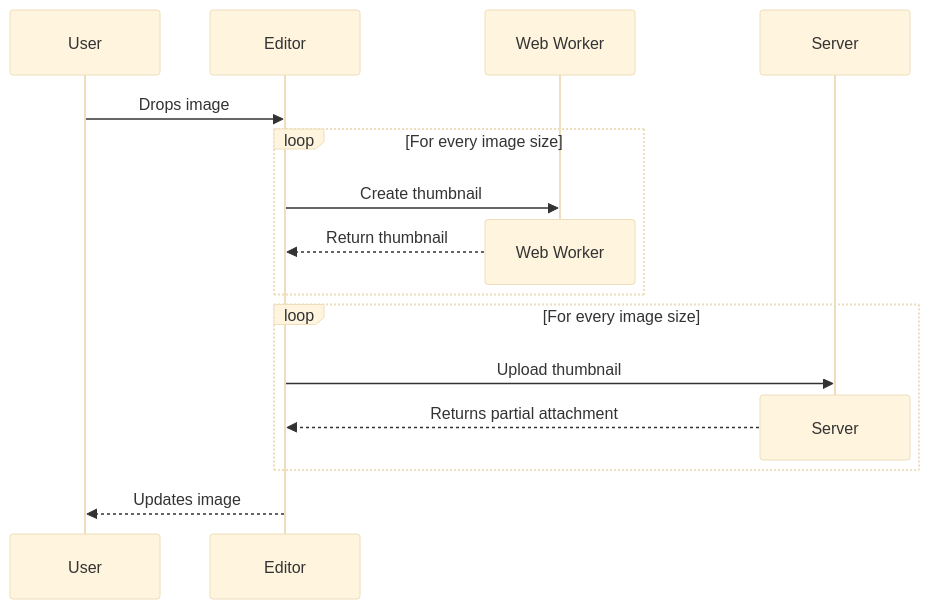
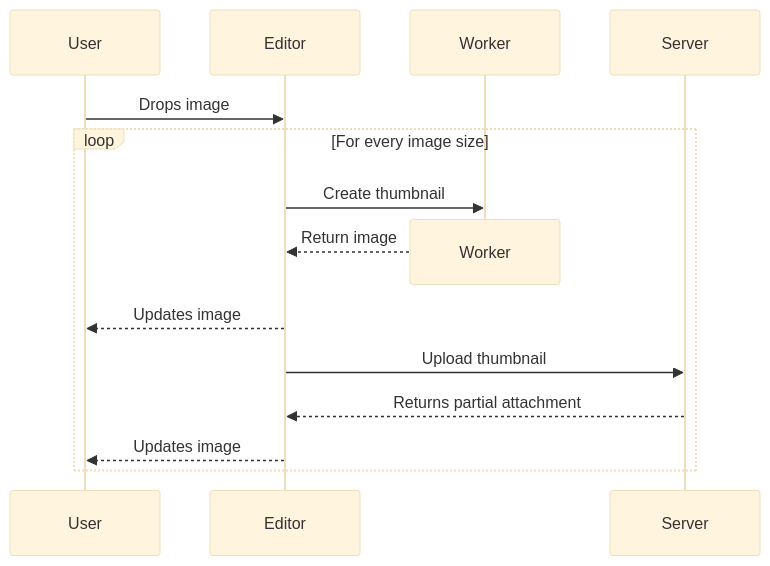
One commit to swissspidy/media-experiments changed the second of 4 diagrams in docs/technical-overview.md. Above: the diagram before and after it, drawn with Mermaid (base theme). The commit also changed other lines of this file, not shown here.

Commit message:
Update diagram

````diff
--- a/docs/technical-overview.md
+++ b/docs/technical-overview.md
@@ -30,25 +30,21 @@
 ```mermaid
 sequenceDiagram
 	participant U as User
 	participant E as Editor
+	participant W as Worker
+	participant S as Server
 
 	U->>E: Drops image
-
-	create participant W as Web Worker
 
 	loop For every image size
         E->>W: Create thumbnail
 		destroy W
-	    W-->>E: Return thumbnail
+	    W-->>E: Return image
+		E-->>U: Updates image
+
+		E->>S: Upload thumbnail
+	    S-->>E: Returns partial attachment
+		E-->>U: Updates image
     end
 
-	create participant S as Server
-
-	loop For every image size
-		E->>S: Upload thumbnail
-		destroy S
-	    S-->>E: Returns partial attachment
-	end
-
-	E-->>U: Updates image
 ```
````
